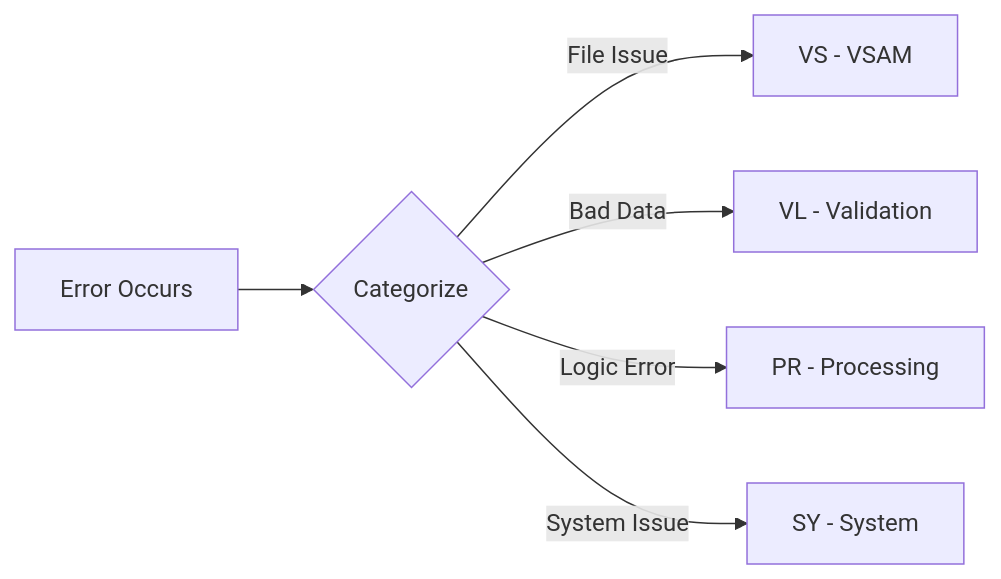
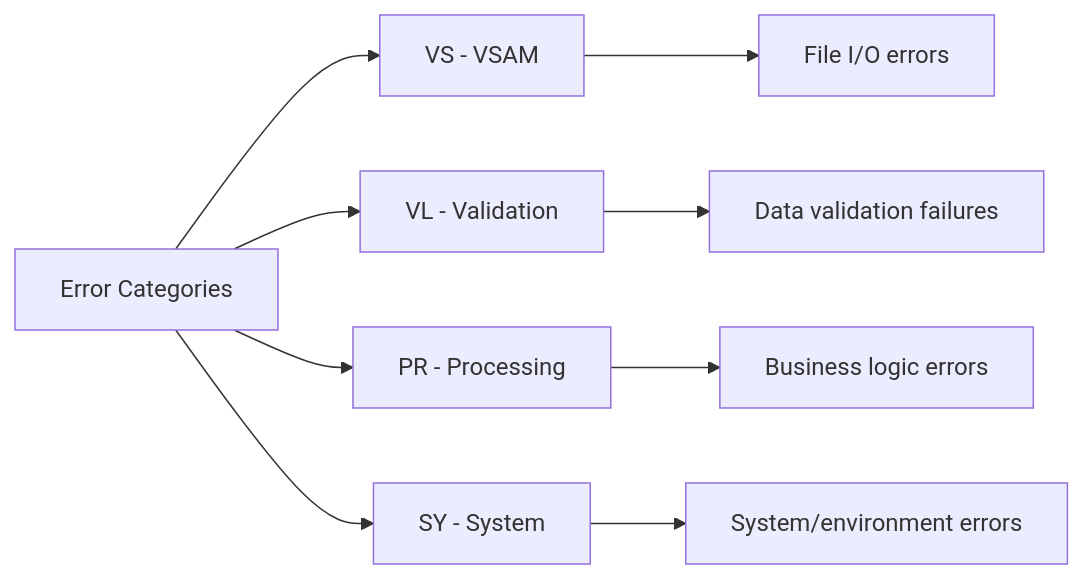
One commit to haladir-com/legacy-benchmark-docs-vb70e1 changed the first of 2 diagrams in docs/copybooks/ERRHAND.mdx. Above: the diagram before and after it, drawn with Mermaid. The commit also changed other lines of this file and 63 other files, not shown here.

````diff
--- a/docs/copybooks/ERRHAND.mdx
+++ b/docs/copybooks/ERRHAND.mdx
@@ -31,8 +79,12 @@
 ```mermaid
 graph LR
-    A[Error Occurs] --> B{Categorize}
-    B -->|File Issue| C[VS - VSAM]
-    B -->|Bad Data| D[VL - Validation]
-    B -->|Logic Error| E[PR - Processing]
-    B -->|System Issue| F[SY - System]
+    A[Error Categories] --> B[VS - VSAM]
+    A --> C[VL - Validation]
+    A --> D[PR - Processing]
+    A --> E[SY - System]
+    
+    B --> B1[File I/O errors]
+    C --> C1[Data validation failures]
+    D --> D1[Business logic errors]
+    E --> E1[System/environment errors]
 ```
````
